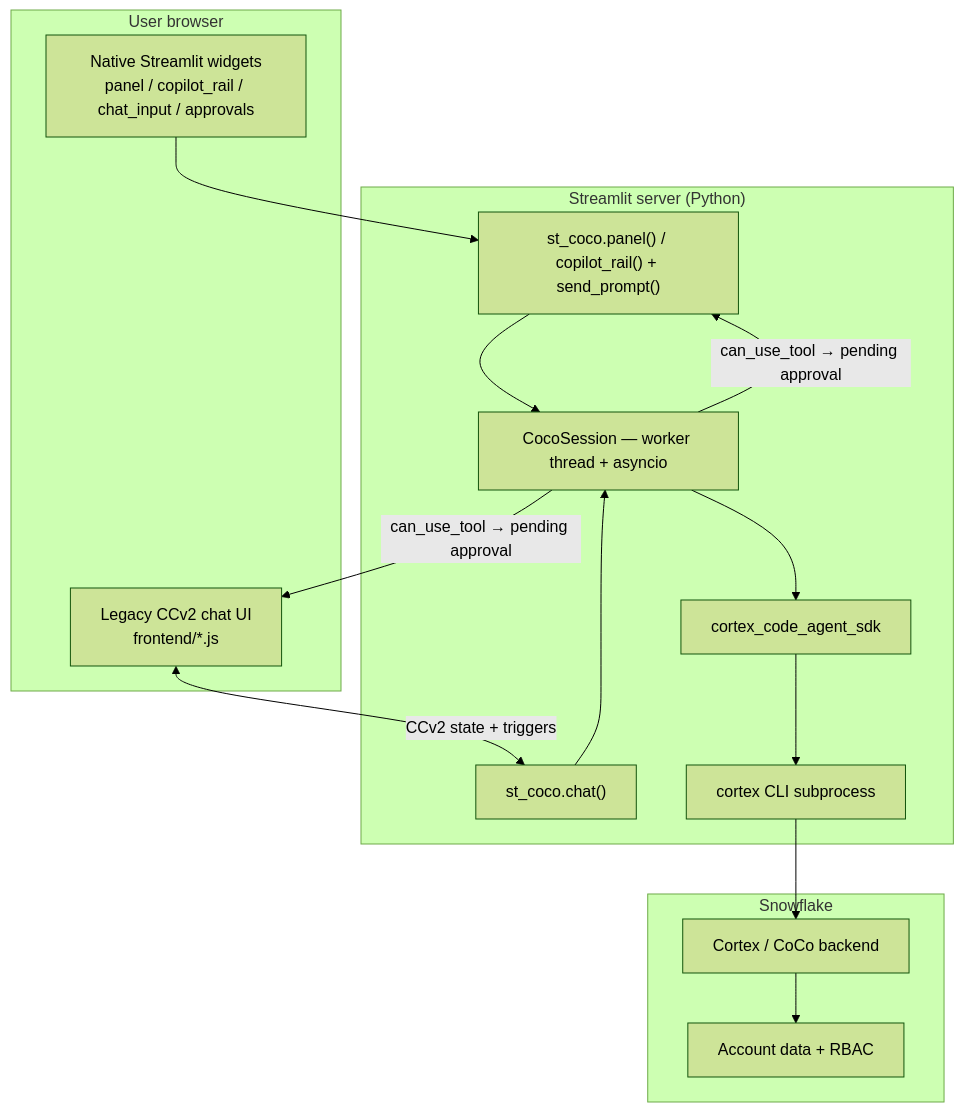
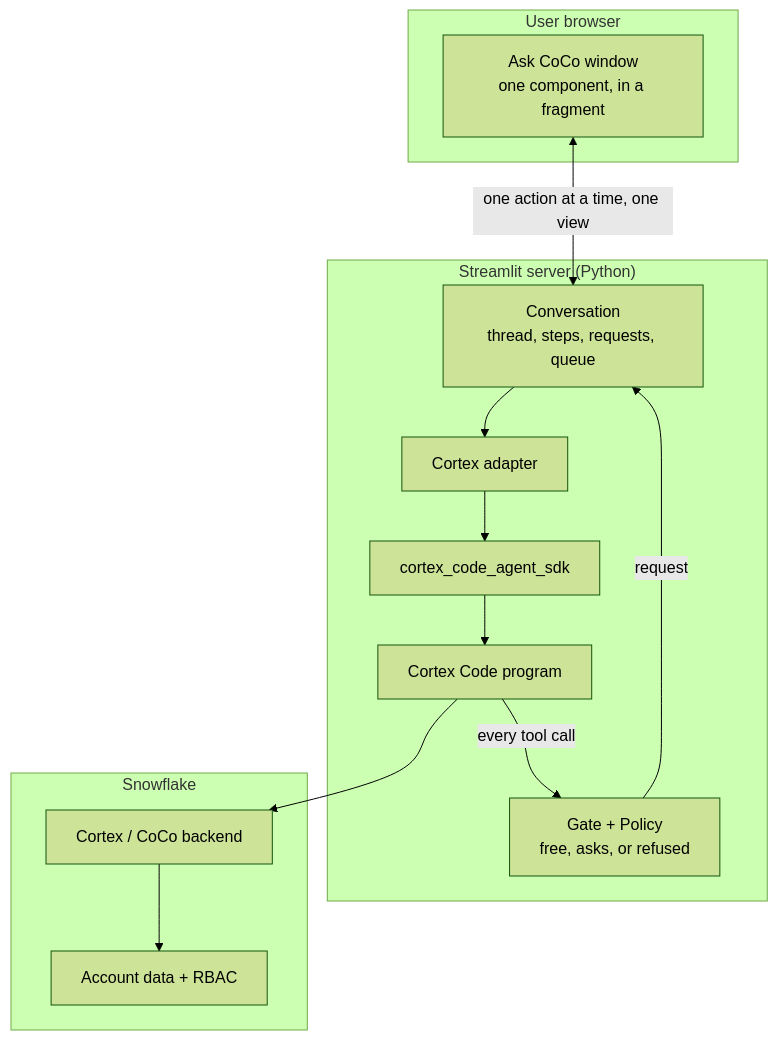
Before and after one commit to DevoteamSP/streamlit-coco: the diagram in doc/prd.md, drawn with Mermaid (forest theme). The commit also changed other lines of this file and 404 other files, not shown here.

````diff
--- a/doc/prd.md
+++ b/doc/prd.md
@@ -100,31 +100,28 @@
 ```mermaid
 flowchart TB
     subgraph Browser["User browser"]
-        Native["Native Streamlit widgets\npanel / copilot_rail / chat_input / approvals"]
-        CCv2["Legacy CCv2 chat UI\nfrontend/*.js"]
+        Window["Ask CoCo window\none component, in a fragment"]
     end
 
     subgraph StreamlitServer["Streamlit server (Python)"]
-        Panel["st_coco.panel() / copilot_rail() + send_prompt()"]
-        Chat["st_coco.chat()"]
-        Session["CocoSession — worker thread + asyncio"]
+        Conv["Conversation\nthread, steps, requests, queue"]
+        Gate["Gate + Policy\nfree, asks, or refused"]
+        Adapter["Cortex adapter"]
         SDK["cortex_code_agent_sdk"]
-        CLI["cortex CLI subprocess"]
+        CLI["Cortex Code program"]
     end
 
     subgraph Snowflake["Snowflake"]
         Cortex["Cortex / CoCo backend"]
         Data["Account data + RBAC"]
     end
 
-    Native --> Panel
-    CCv2 <-->|"CCv2 state + triggers"| Chat
-    Panel --> Session
-    Chat --> Session
-    Session --> SDK
+    Window <-->|"one action at a time, one view"| Conv
+    Conv --> Adapter
+    Adapter --> SDK
     SDK --> CLI
     CLI --> Cortex
     Cortex --> Data
-    Session -->|"can_use_tool → pending approval"| Panel
-    Session -->|"can_use_tool → pending approval"| CCv2
+    CLI -->|"every tool call"| Gate
+    Gate -->|"request"| Conv
 ```
````
